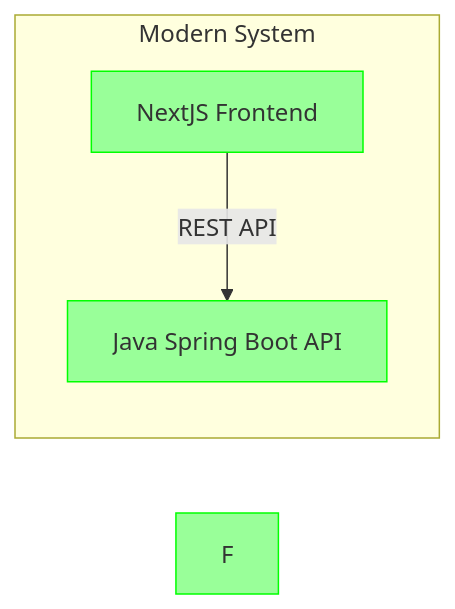
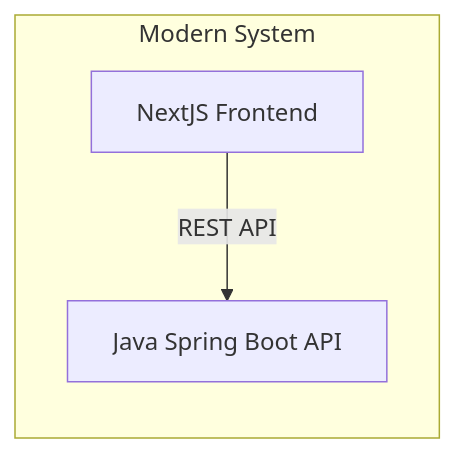
One commit to ysfcndgr/CustomerManagementRPG changed the second of 2 diagrams in README.md. Above: the diagram before and after it, drawn with Mermaid.

````diff
--- a/README.md
+++ b/README.md
@@ -22,10 +22,8 @@
 ```mermaid
 graph LR
     subgraph "Modern System"
         D[NextJS Frontend] -->|REST API| E[Java Spring Boot API]
    
-        style D fill:#99ff99,stroke:#00ff00
-        style E fill:#99ff99,stroke:#00ff00
-        style F fill:#99ff99,stroke:#00ff00
+
     end
 ```
````
